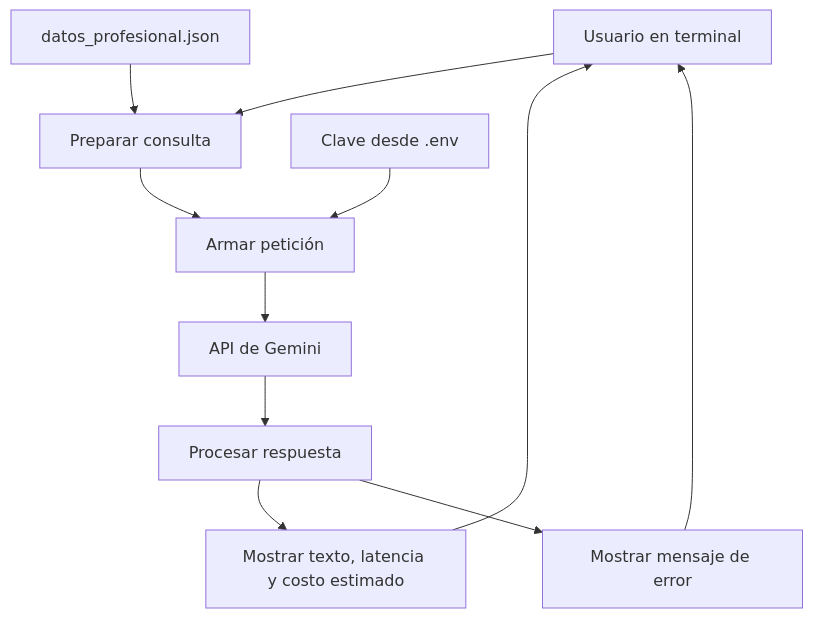
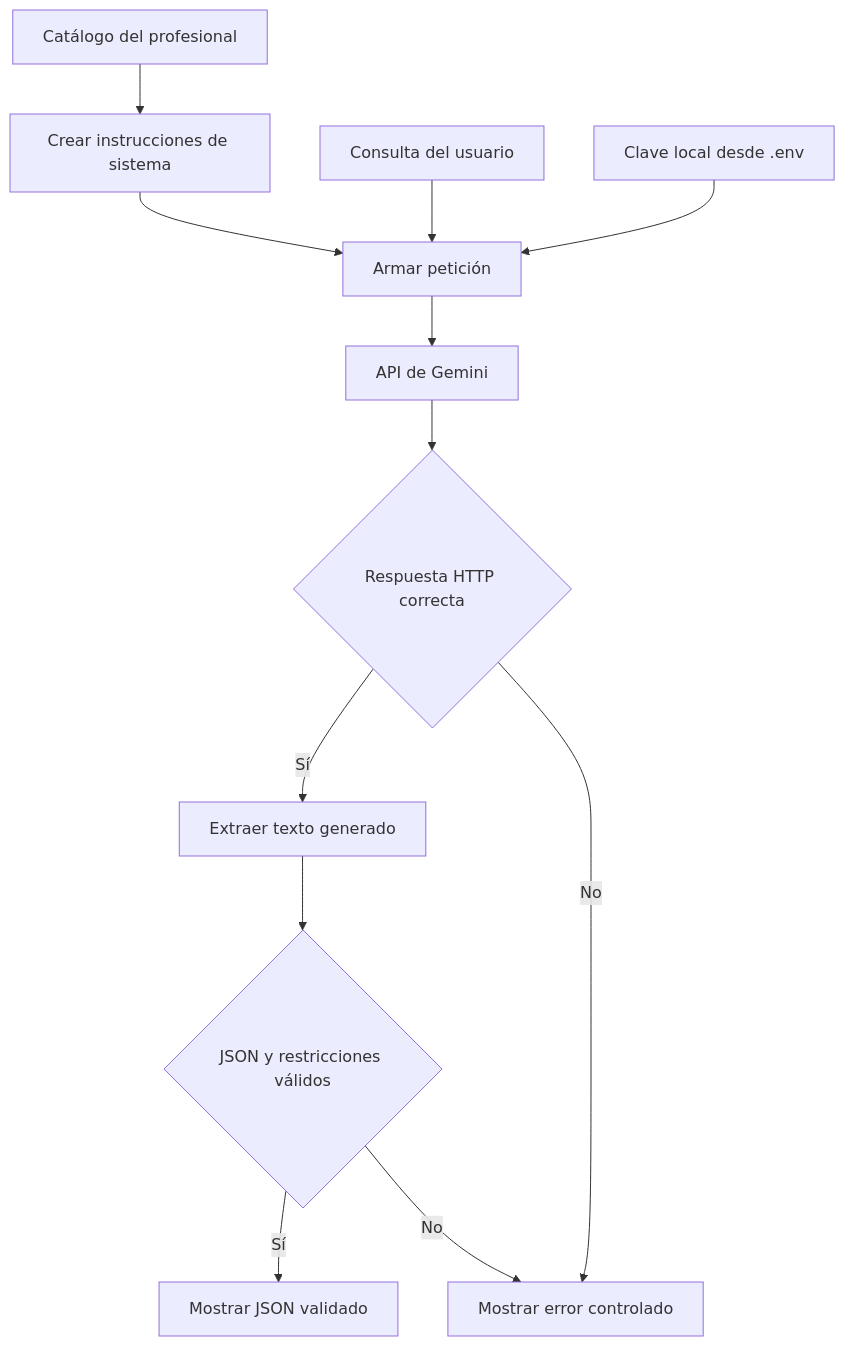
One commit to hrubilars/asistente-agendamiento changed the diagram in docs/arquitectura.md. Above: the diagram before and after it, drawn with Mermaid. The commit also changed other lines of this file, not shown here.

Commit message:
docs: actualizar arquitectura con prompt de sistema y validacion JSON

````diff
--- a/docs/arquitectura.md
+++ b/docs/arquitectura.md
@@ -11,13 +11,14 @@
 ```mermaid
 flowchart TD
-    U["Usuario en terminal"] --> P["Preparar consulta"]
-    D["datos_profesional.json"] --> P
-    P --> A["Armar petición"]
-    E["Clave desde .env"] --> A
-    A --> G["API de Gemini"]
-    G --> R["Procesar respuesta"]
-    R --> S["Mostrar texto, latencia y costo estimado"]
-    R --> F["Mostrar mensaje de error"]
-    S --> U
-    F --> U
+    D["Catálogo del profesional"] --> S["Crear instrucciones de sistema"]
+    U["Consulta del usuario"] --> P["Armar petición"]
+    S --> P
+    E["Clave local desde .env"] --> P
+    P --> G["API de Gemini"]
+    G --> H{"Respuesta HTTP correcta"}
+    H -->|Sí| T["Extraer texto generado"]
+    H -->|No| F["Mostrar error controlado"]
+    T --> V{"JSON y restricciones válidos"}
+    V -->|Sí| R["Mostrar JSON validado"]
+    V -->|No| F
 ```
````
